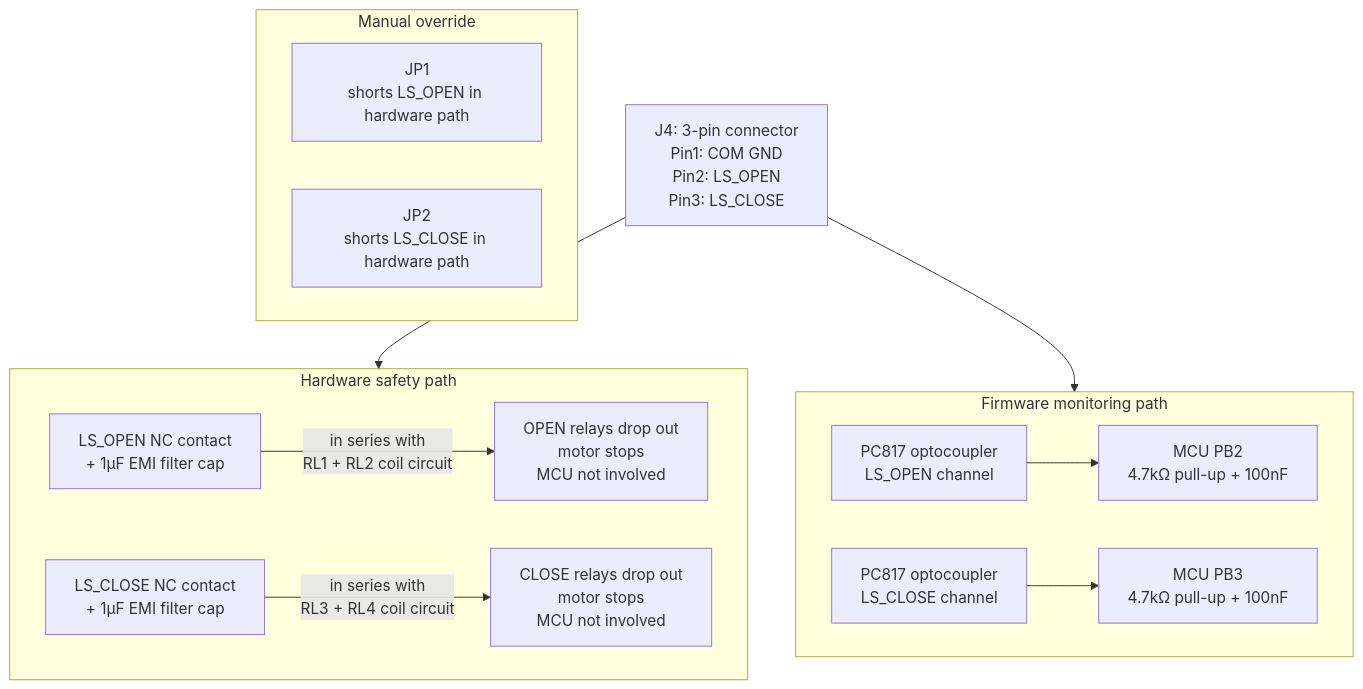
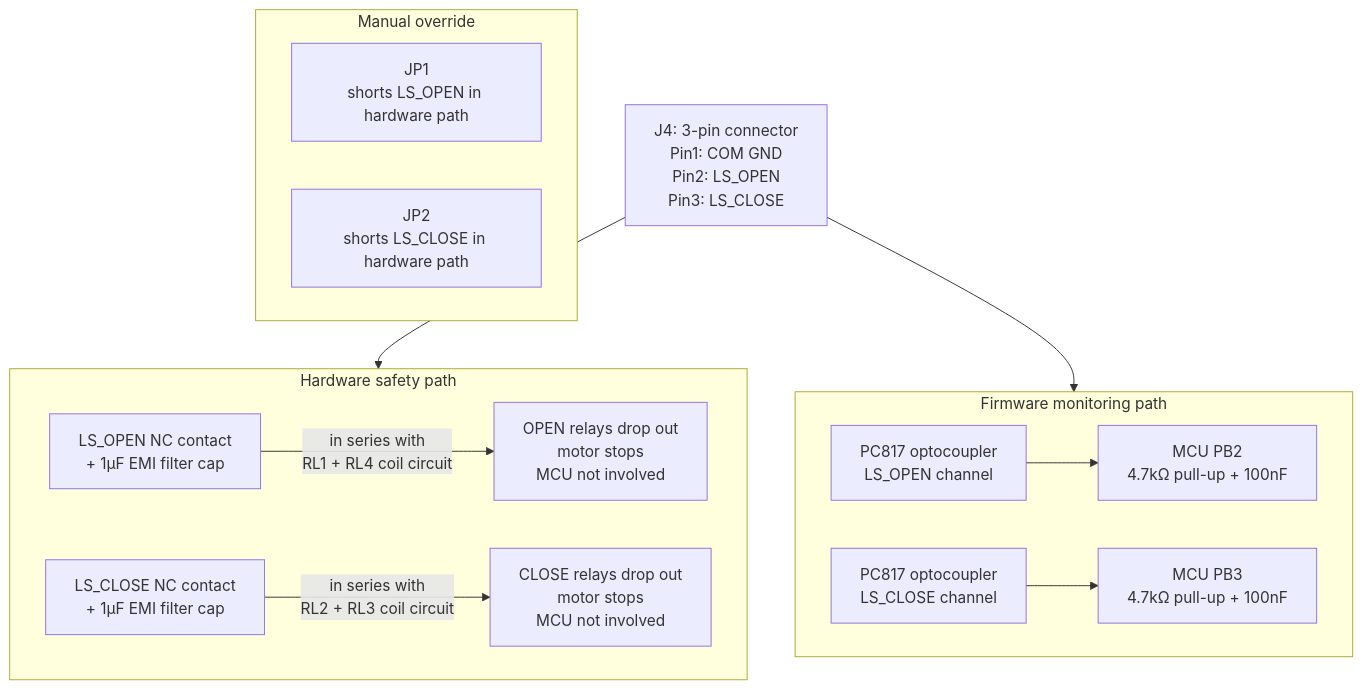
Before and after one commit to gonzafernan/pool-cover-control: the fifth of 9 diagrams in DESIGN.md, drawn with Mermaid. The commit also changed other lines of this file and 3 other files, not shown here.

Commit message:
feat(hardware): implement SC2 H-bridge schematic

````diff
--- a/DESIGN.md
+++ b/DESIGN.md
@@ -246,26 +255,26 @@
 ```mermaid
 flowchart TB
     J4["J4: 3-pin connector\nPin1: COM GND\nPin2: LS_OPEN\nPin3: LS_CLOSE"]
 
     subgraph HW["Hardware safety path"]
         LSO_HW["LS_OPEN NC contact\n+ 1µF EMI filter cap"]
         LSC_HW["LS_CLOSE NC contact\n+ 1µF EMI filter cap"]
-        LSO_HW -->|"in series with\nRL1 + RL2 coil circuit"| STOP_O["OPEN relays drop out\nmotor stops\nMCU not involved"]
-        LSC_HW -->|"in series with\nRL3 + RL4 coil circuit"| STOP_C["CLOSE relays drop out\nmotor stops\nMCU not involved"]
+        LSO_HW -->|"in series with\nRL1 + RL4 coil circuit"| STOP_O["OPEN relays drop out\nmotor stops\nMCU not involved"]
+        LSC_HW -->|"in series with\nRL2 + RL3 coil circuit"| STOP_C["CLOSE relays drop out\nmotor stops\nMCU not involved"]
     end
 
     subgraph FW["Firmware monitoring path"]
         OC_O["PC817 optocoupler\nLS_OPEN channel"]
         OC_C["PC817 optocoupler\nLS_CLOSE channel"]
         OC_O --> PB2["MCU PB2\n4.7kΩ pull-up + 100nF"]
         OC_C --> PB3["MCU PB3\n4.7kΩ pull-up + 100nF"]
     end
 
     subgraph BYPASS["Manual override"]
         JP1["JP1\nshorts LS_OPEN in hardware path"]
         JP2["JP2\nshorts LS_CLOSE in hardware path"]
     end
 
     J4 --> HW
     J4 --> FW
 ```
````
